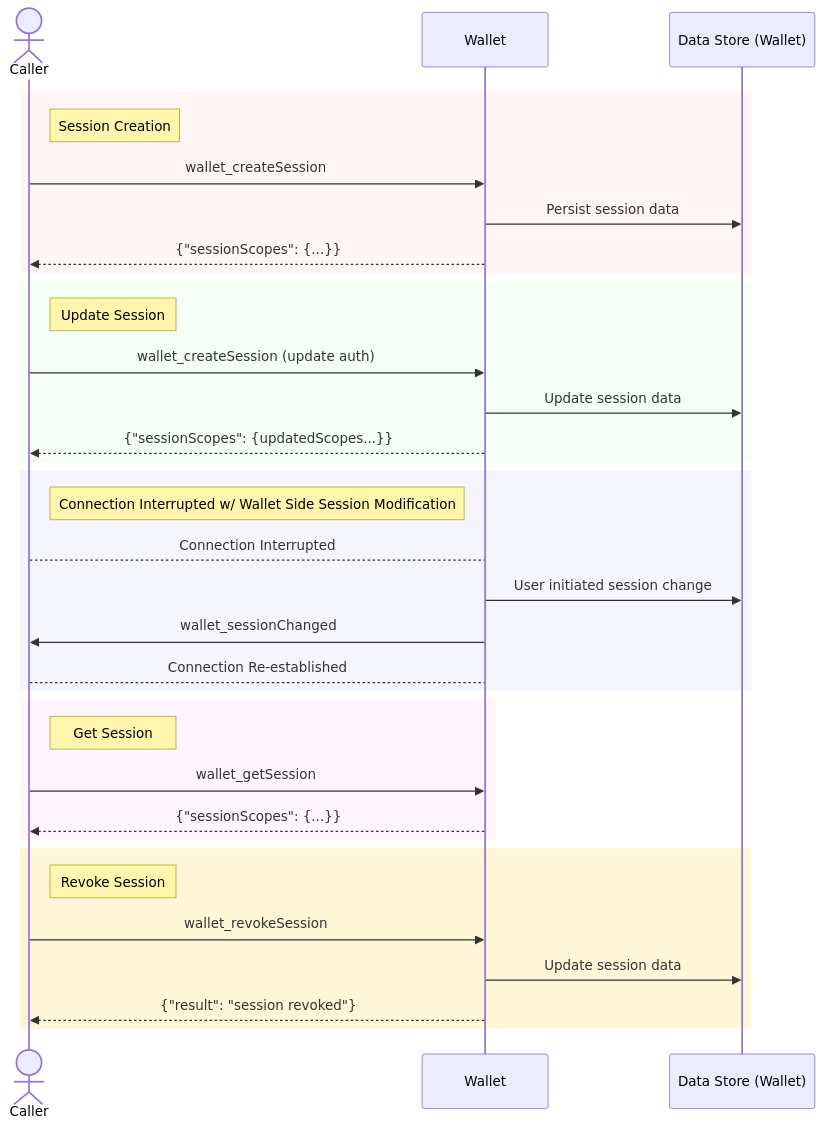
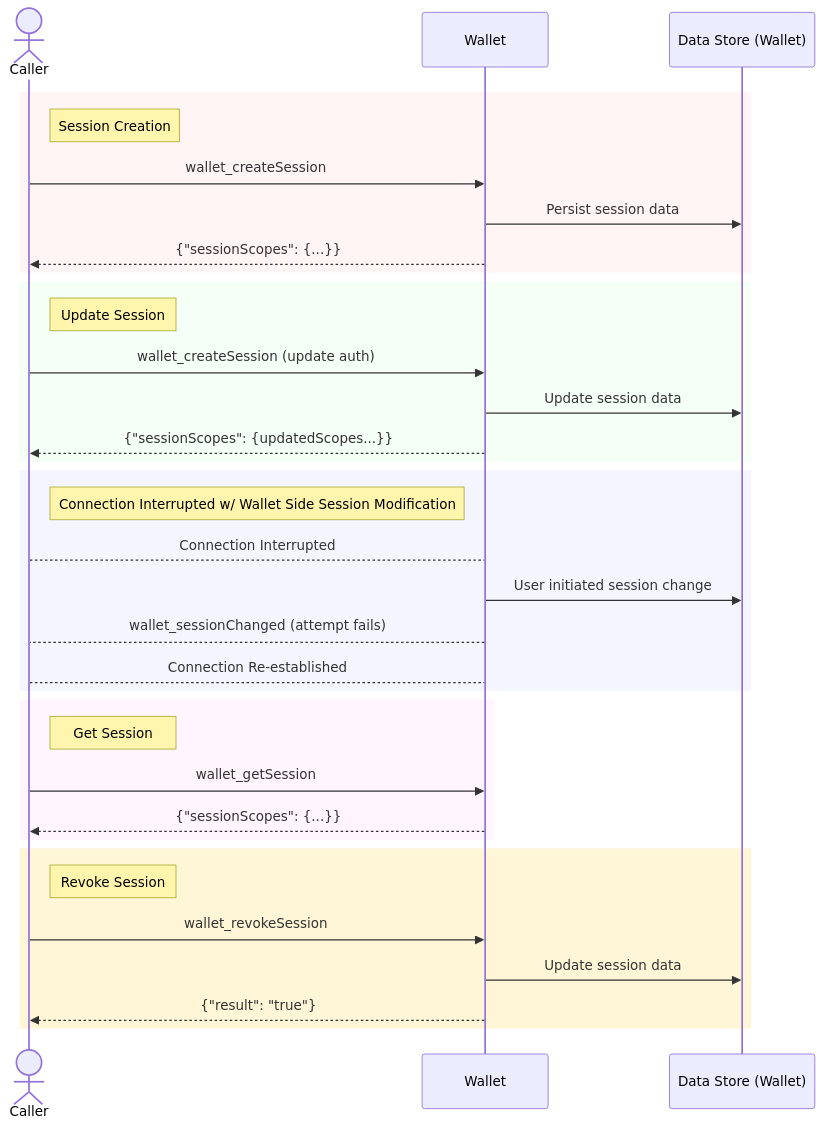
One commit to ChainAgnostic/CAIPs changed the first of 2 diagrams in BCP/Session Lifecycle Management.md. Above: the diagram before and after it, drawn with Mermaid. The commit also changed other lines of this file, not shown here.

````diff
--- a/BCP/Session Lifecycle Management.md
+++ b/BCP/Session Lifecycle Management.md
@@ -42,38 +42,38 @@
 ```mermaid
 sequenceDiagram
   rect rgb(255, 255, 255)
   actor Caller
   participant Wallet
   participant WalletDataStore as Data Store (Wallet)
   rect rgb(255, 245, 245)
   note right of Caller: Session Creation
   Caller->>Wallet: wallet_createSession
   Wallet->>WalletDataStore: Persist session data
   Wallet-->>Caller: {"sessionScopes": {...}}
   end
   rect rgb(245, 255, 245)
   note right of Caller: Update Session
   Caller->>Wallet: wallet_createSession (update auth)
   Wallet->>WalletDataStore: Update session data
   Wallet-->>Caller: {"sessionScopes": {updatedScopes...}}
   end
   rect rgb(245, 245, 255)
   note right of Caller: Connection Interrupted w/ Wallet Side Session Modification
   Caller-->Wallet: Connection Interrupted
   Wallet->>WalletDataStore: User initiated session change
-  Wallet->>Caller: wallet_sessionChanged
+  Wallet-->Caller: wallet_sessionChanged (attempt fails)
   Caller-->Wallet: Connection Re-established
   end
   rect rgb(255, 245, 255)
   note right of Caller: Get Session
   Caller->>Wallet: wallet_getSession
   Wallet-->>Caller: {"sessionScopes": {...}}
   end
   rect rgb(255, 245, 215)
   note right of Caller: Revoke Session
   Caller->>Wallet: wallet_revokeSession
   Wallet->>WalletDataStore: Update session data
-  Wallet-->>Caller: {"result": "session revoked"}
+  Wallet-->>Caller: {"result": "true"}
   end
   end
 ```
````
